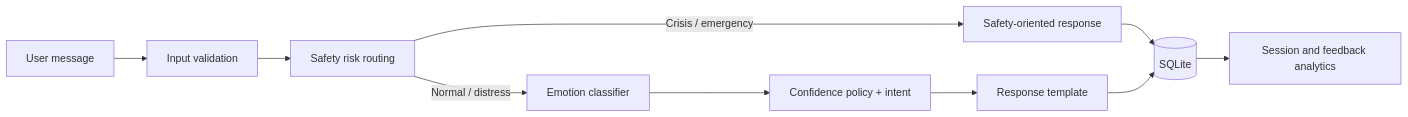
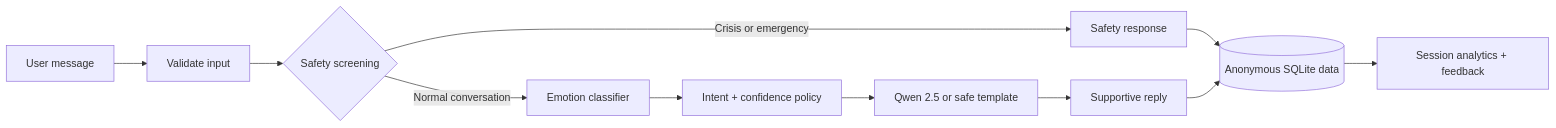
The diagram in README.md (suvampriyaranjansahoo/Mentalcare_AI_Chatbot), drawn with Mermaid before and after one commit. The commit also changed other lines of this file, not shown here.

````diff
--- a/README.md
+++ b/README.md
@@ -33,12 +52,13 @@
 ```mermaid
 flowchart LR
-  U[User message] --> V[Input validation]
-  V --> S[Safety risk routing]
-  S -->|Crisis / emergency| R[Safety-oriented response]
-  S -->|Normal / distress| E[Emotion classifier]
-  E --> C[Confidence policy + intent]
-  C --> G[Response template]
-  R --> D[(SQLite)]
-  G --> D
-  D --> A[Session and feedback analytics]
+    U["User message"] --> V["Validate input"]
+    V --> S{"Safety screening"}
+    S -->|"Crisis or emergency"| R["Safety response"]
+    S -->|"Normal conversation"| E["Emotion classifier"]
+    E --> I["Intent + confidence policy"]
+    I --> Q["Qwen 2.5 or safe template"]
+    Q --> O["Supportive reply"]
+    R --> D[("Anonymous SQLite data")]
+    O --> D
+    D --> A["Session analytics + feedback"]
 ```
````
